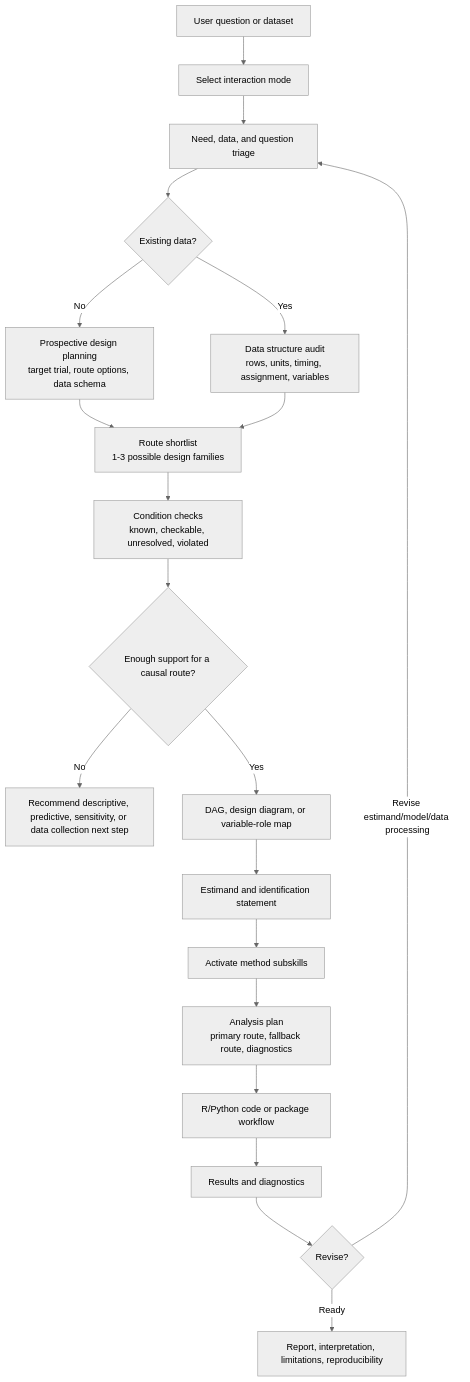
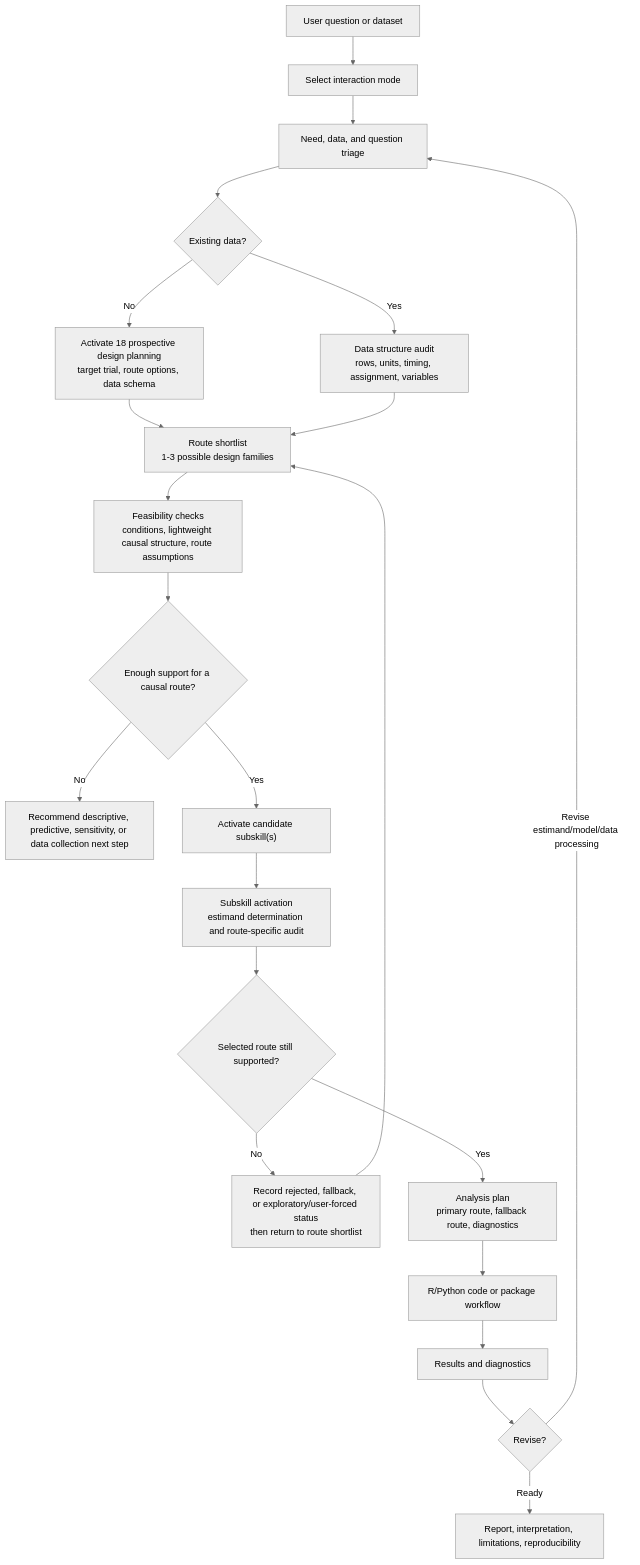
One commit to rqzhu-aide/causal-consultant changed the diagram in assets/workflow-mermaid.md. Above: the diagram before and after it, drawn with Mermaid (neutral theme). The commit also changed other lines of this file and 15 other files, not shown here.

````diff
--- a/assets/workflow-mermaid.md
+++ b/assets/workflow-mermaid.md
@@ -5,22 +5,24 @@
 ```mermaid
 flowchart TB
     U["User question or dataset"] --> M["Select interaction mode"]
     M --> I["Need, data, and question triage"]
     I --> H{"Existing data?"}
-    H -->|No| PD["Prospective design planning<br/>target trial, route options, data schema"]
+    H -->|No| PD["Activate 18 prospective design planning<br/>target trial, route options, data schema"]
     PD --> R["Route shortlist<br/>1-3 possible design families"]
     H -->|Yes| DS["Data structure audit<br/>rows, units, timing, assignment, variables"]
     DS --> R["Route shortlist<br/>1-3 possible design families"]
-    R --> C["Condition checks<br/>known, checkable, unresolved, violated"]
+    R --> C["Feasibility checks<br/>conditions, lightweight causal structure, route assumptions"]
     C --> D{"Enough support for a causal route?"}
     D -->|No| ALT["Recommend descriptive, predictive, sensitivity, or data collection next step"]
-    D -->|Yes| G["DAG, design diagram, or variable-role map"]
-    G --> E["Estimand and identification statement"]
-    E --> S["Activate method subskills"]
-    S --> P["Analysis plan<br/>primary route, fallback route, diagnostics"]
+    D -->|Yes| S["Activate candidate subskill(s)"]
+    S --> E["Subskill activation<br/>estimand determination and route-specific audit"]
+    E --> SD{"Selected route still supported?"}
+    SD -->|No| RO["Record rejected, fallback, or exploratory/user-forced status<br/>then return to route shortlist"]
+    RO --> R
+    SD -->|Yes| P["Analysis plan<br/>primary route, fallback route, diagnostics"]
     P --> CODE["R/Python code or package workflow"]
     CODE --> RES["Results and diagnostics"]
     RES --> ITER{"Revise?"}
     ITER -->|Revise estimand/model/data processing| I
     ITER -->|Ready| REP["Report, interpretation, limitations, reproducibility"]
 ```
````
